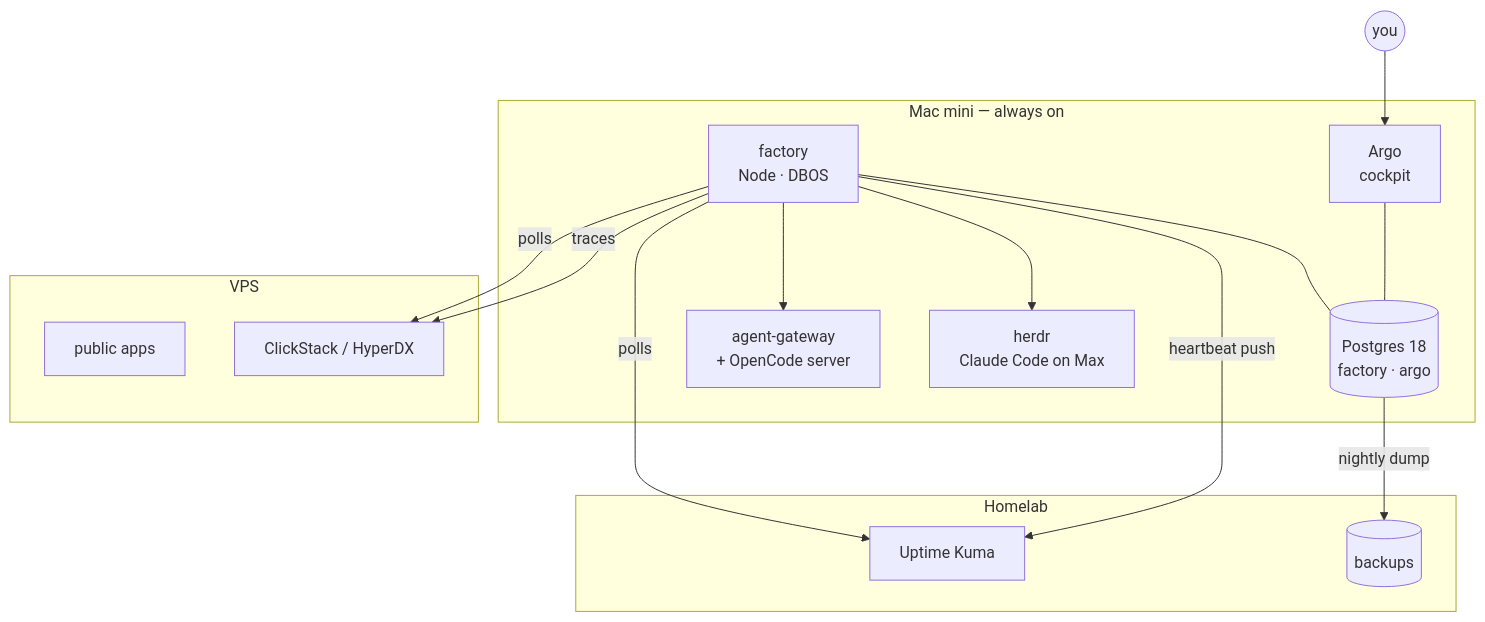
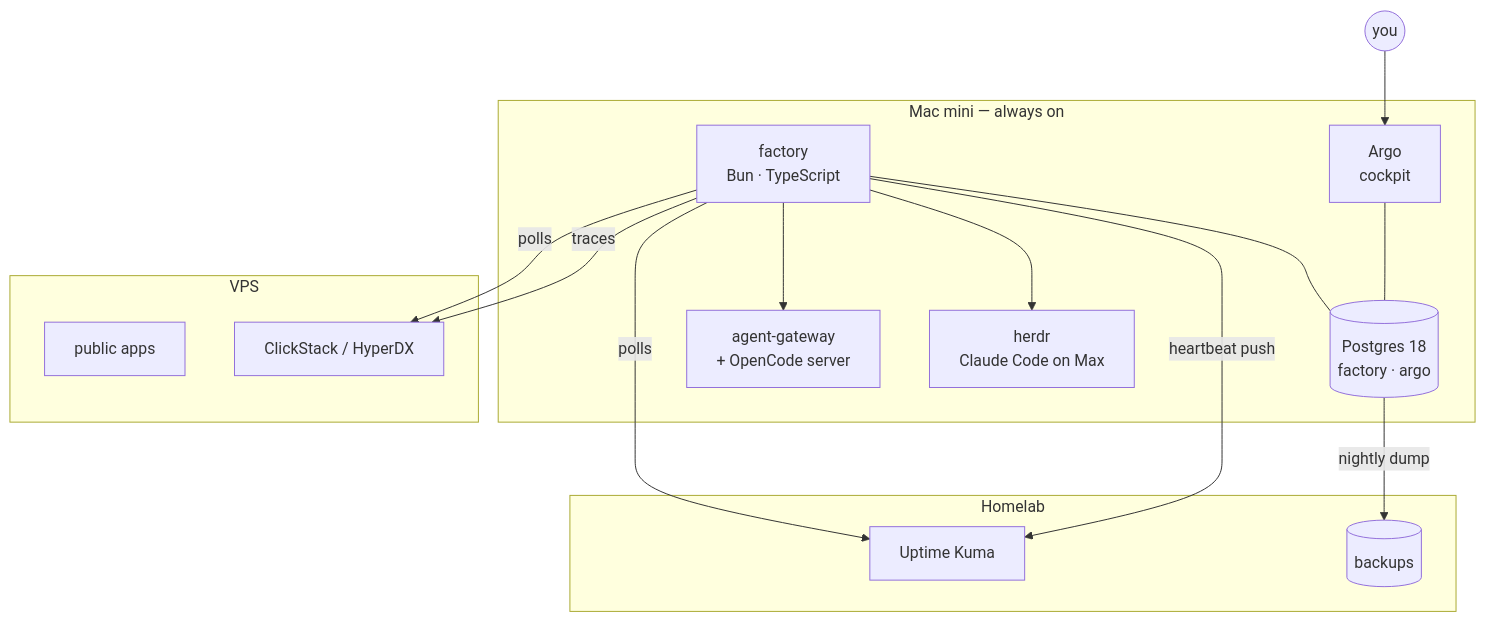
The diagram in docs/factory/tdd/10-surfaces.md (jkrumm/dotfiles), drawn with Mermaid before and after one commit. The commit also changed other lines of this file and 26 other files, not shown here.

````diff
--- a/docs/factory/tdd/10-surfaces.md
+++ b/docs/factory/tdd/10-surfaces.md
@@ -5,28 +5,28 @@
 ```mermaid
 flowchart TB
   subgraph mini[Mac mini — always on]
-    F[factory<br/>Node · DBOS]
+    F[factory<br/>Bun · TypeScript]
     PG[(Postgres 18<br/>factory · argo)]
     A[Argo<br/>cockpit]
     AGW[agent-gateway<br/>+ OpenCode server]
     H[herdr<br/>Claude Code on Max]
     F --- PG
     A --- PG
     F --> AGW
     F --> H
   end
   subgraph vps[VPS]
     APPS[public apps]
     HDX[ClickStack / HyperDX]
   end
   subgraph homelab[Homelab]
     K[Uptime Kuma]
     B[(backups)]
   end
   F -- polls --> K
   F -- polls --> HDX
   F -- heartbeat push --> K
   F -- traces --> HDX
   PG -- nightly dump --> B
   YOU((you)) --> A
 ```
````
